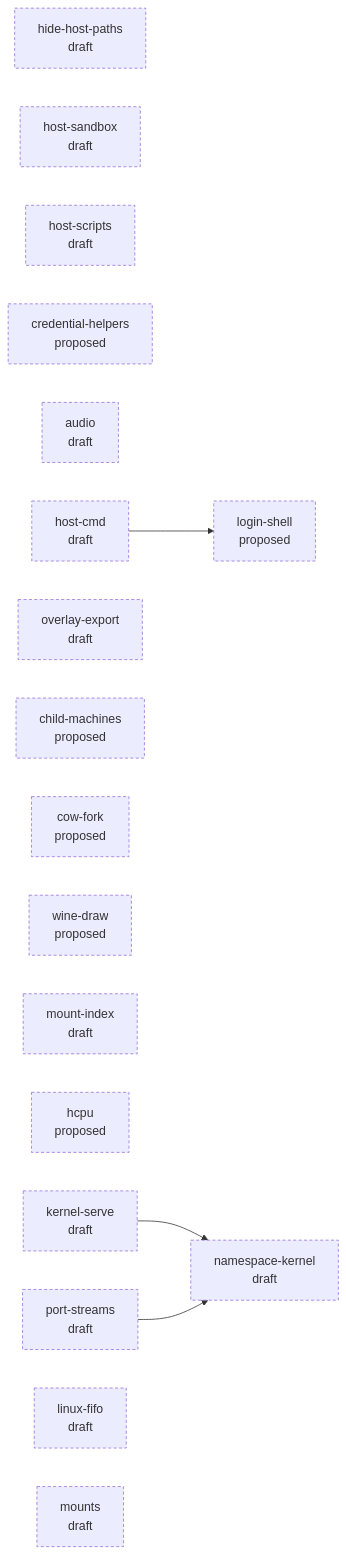
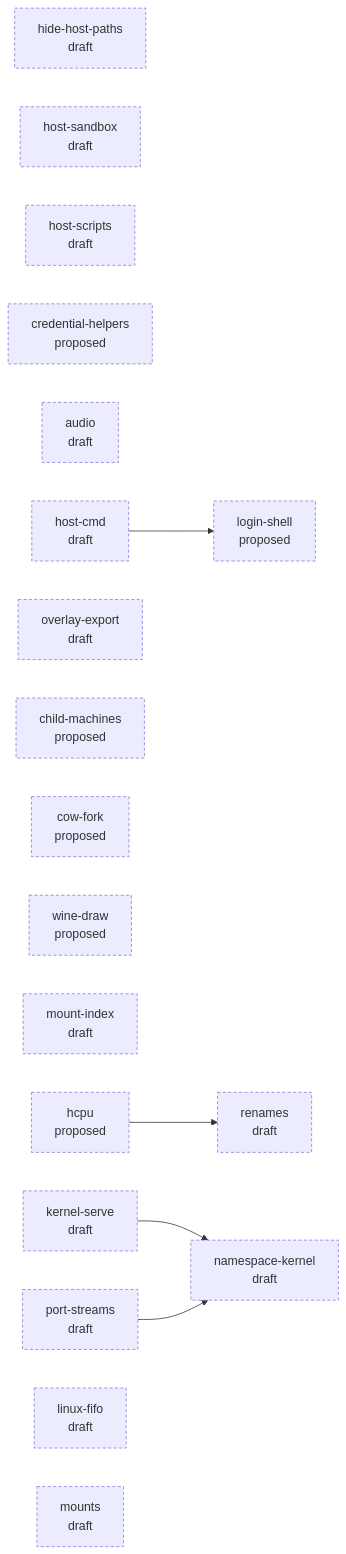
One commit to progrium/hyper9 changed the diagram in design/STATUS.md. Above: the diagram before and after it, drawn with Mermaid. The commit also changed other lines of this file, not shown here.

Commit message:
design: regenerate STATUS.md

````diff
--- a/design/STATUS.md
+++ b/design/STATUS.md
@@ -28,28 +29,30 @@
 ```mermaid
 flowchart LR
   classDef draft stroke-dasharray: 4 3
   classDef accepted stroke-width: 2px
   classDef implemented fill:#dfd,stroke:#393
   classDef closed fill:#eee,stroke:#999,color:#777
   p_hide_host_paths["hide-host-paths<br/>draft"]:::draft
   p_host_sandbox["host-sandbox<br/>draft"]:::draft
   p_host_scripts["host-scripts<br/>draft"]:::draft
   p_credential_helpers["credential-helpers<br/>proposed"]:::draft
   p_audio["audio<br/>draft"]:::draft
   p_host_cmd["host-cmd<br/>draft"]:::draft
   p_overlay_export["overlay-export<br/>draft"]:::draft
   p_login_shell["login-shell<br/>proposed"]:::draft
   p_child_machines["child-machines<br/>proposed"]:::draft
   p_cow_fork["cow-fork<br/>proposed"]:::draft
   p_wine_draw["wine-draw<br/>proposed"]:::draft
   p_mount_index["mount-index<br/>draft"]:::draft
   p_hcpu["hcpu<br/>proposed"]:::draft
   p_kernel_serve["kernel-serve<br/>draft"]:::draft
   p_namespace_kernel["namespace-kernel<br/>draft"]:::draft
   p_port_streams["port-streams<br/>draft"]:::draft
   p_linux_fifo["linux-fifo<br/>draft"]:::draft
   p_mounts["mounts<br/>draft"]:::draft
+  p_renames["renames<br/>draft"]:::draft
   p_host_cmd --> p_login_shell
   p_kernel_serve --> p_namespace_kernel
   p_port_streams --> p_namespace_kernel
+  p_hcpu --> p_renames
 ```
````
